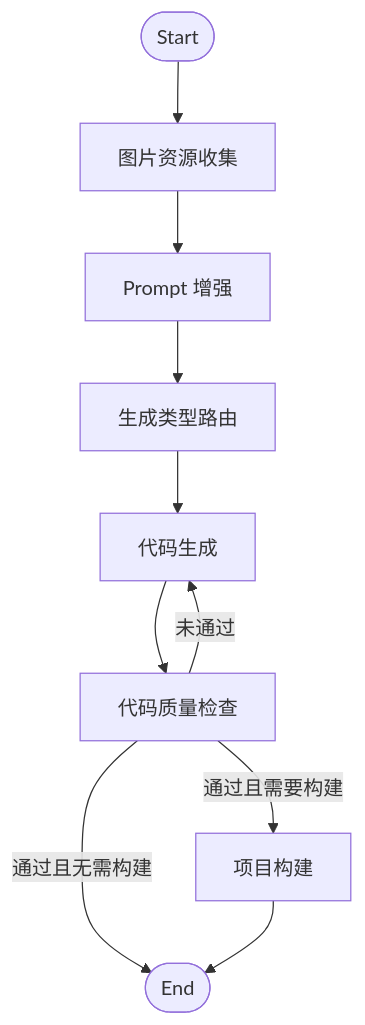
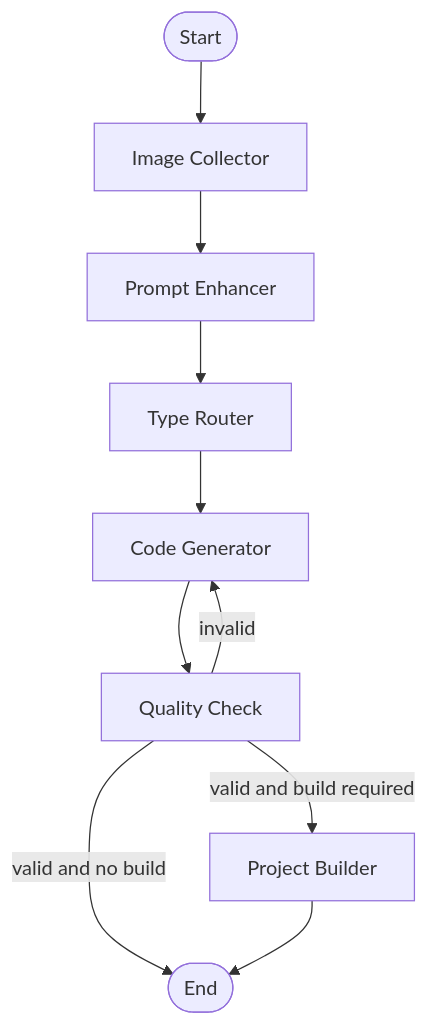
Before and after one commit to Wayneee1/yu-ai-code-mother: the second of 3 diagrams in README.md, drawn with Mermaid. The commit also changed other lines of this file, not shown here.

Commit message:
修复Mermaid显示BUG

````diff
--- a/README.md
+++ b/README.md
@@ -89,12 +89,12 @@
 ```mermaid
 flowchart TD
-    Start([Start]) --> ImageCollector[图片资源收集]
-    ImageCollector --> PromptEnhancer[Prompt 增强]
-    PromptEnhancer --> Router[生成类型路由]
-    Router --> CodeGenerator[代码生成]
-    CodeGenerator --> QualityCheck[代码质量检查]
-    QualityCheck -->|通过且需要构建| ProjectBuilder[项目构建]
-    QualityCheck -->|通过且无需构建| End([End])
-    QualityCheck -->|未通过| CodeGenerator
+    Start([Start]) --> ImageCollector["Image Collector"]
+    ImageCollector --> PromptEnhancer["Prompt Enhancer"]
+    PromptEnhancer --> Router["Type Router"]
+    Router --> CodeGenerator["Code Generator"]
+    CodeGenerator --> QualityCheck["Quality Check"]
+    QualityCheck -- "valid and build required" --> ProjectBuilder["Project Builder"]
+    QualityCheck -- "valid and no build" --> End([End])
+    QualityCheck -- "invalid" --> CodeGenerator
     ProjectBuilder --> End
 ```
````
